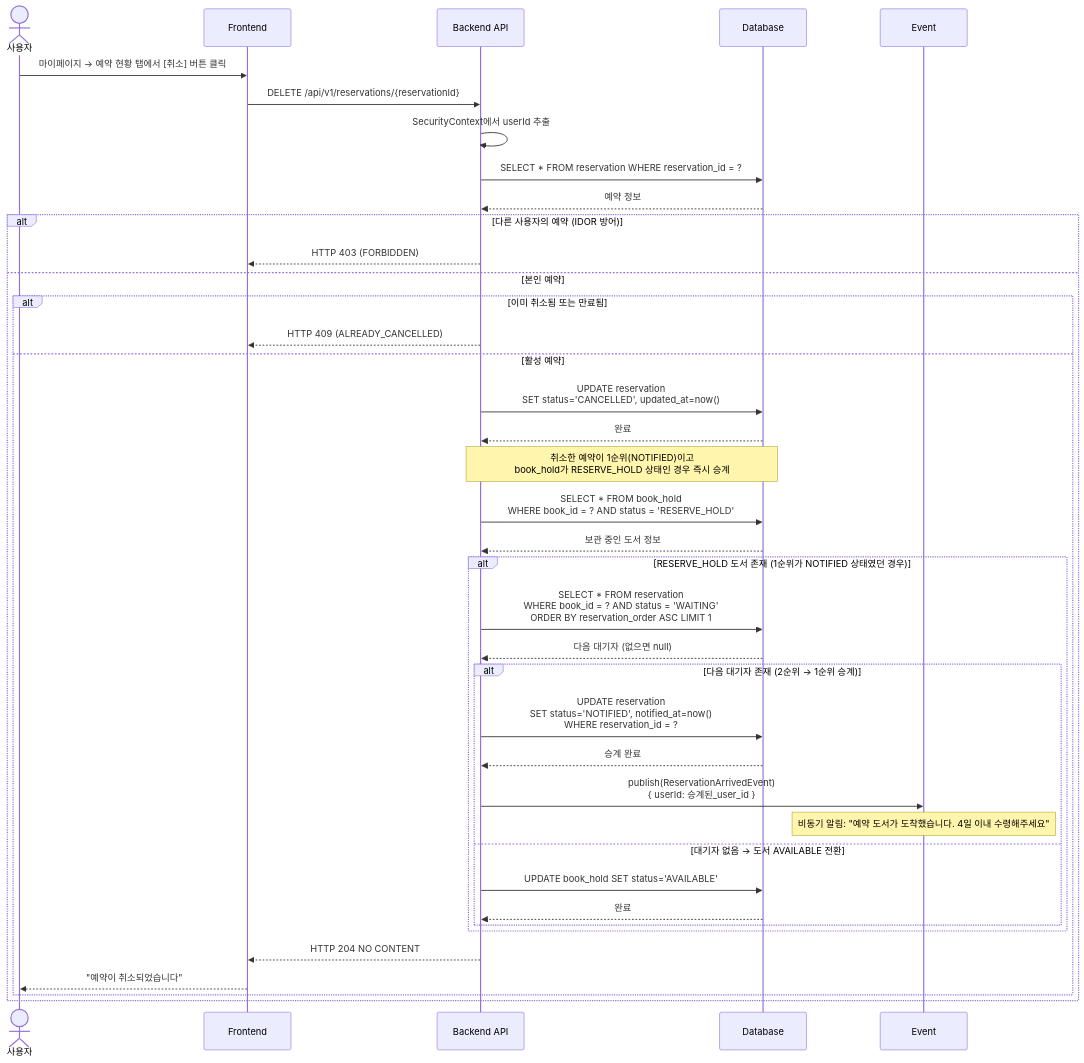
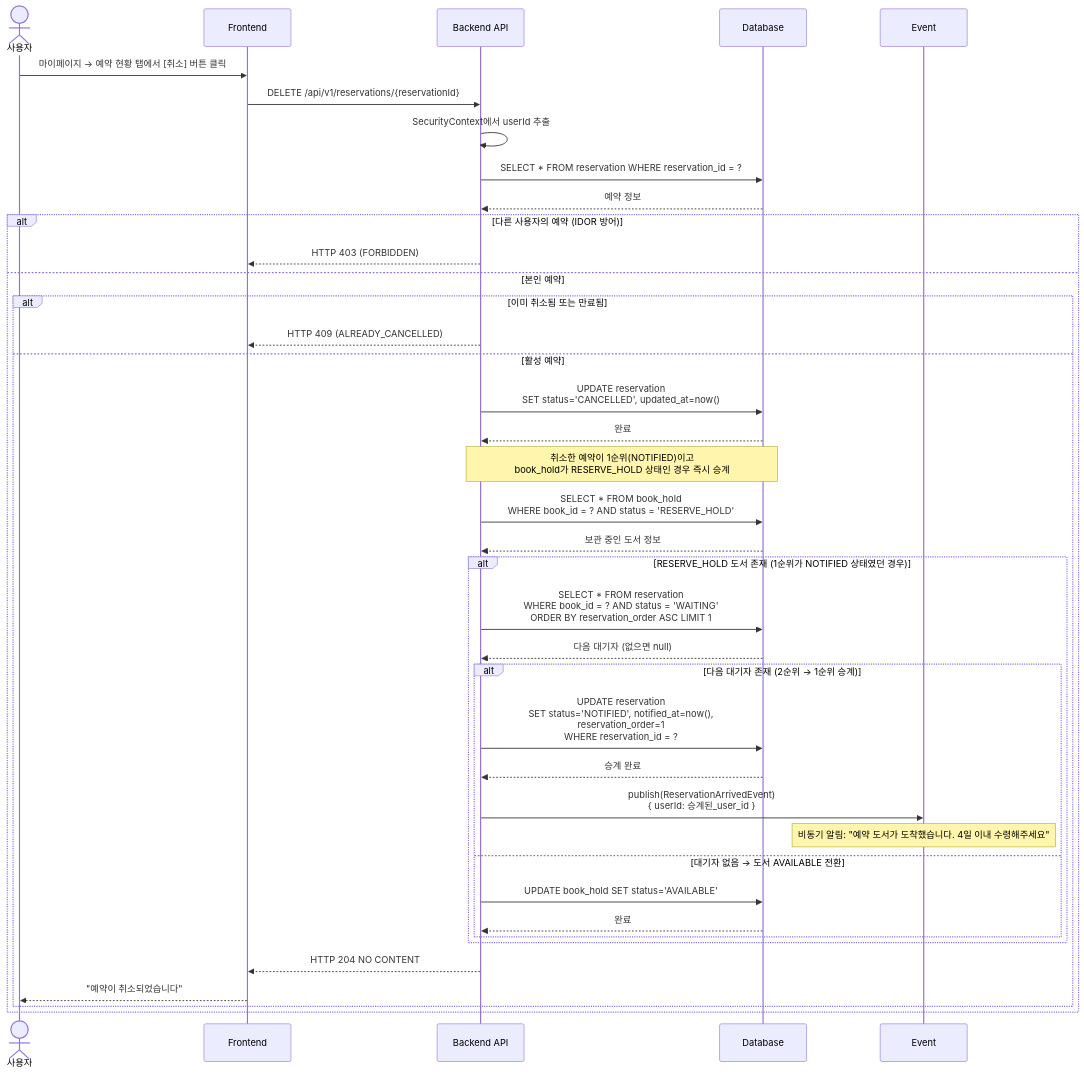
One commit to Boogieman-lab/book-management-system changed the second of 4 diagrams in docs/02_design/architecture/sequence/reservation_sequence.md. Above: the diagram before and after it, drawn with Mermaid. The commit also changed other lines of this file, not shown here.

First line of the commit message:
docs: 예약 승계 시 reservation_order 갱신 누락 수정 (C-06)

````diff
--- a/docs/02_design/architecture/sequence/reservation_sequence.md
+++ b/docs/02_design/architecture/sequence/reservation_sequence.md
@@ -57,51 +57,51 @@
 ```mermaid
 sequenceDiagram
     actor User as 사용자
     participant Client as Frontend
     participant Server as Backend API
     participant DB as Database
 
     User->>Client: 마이페이지 → 예약 현황 탭에서 [취소] 버튼 클릭
     Client->>Server: DELETE /api/v1/reservations/{reservationId}
 
     Server->>Server: SecurityContext에서 userId 추출
 
     Server->>DB: SELECT * FROM reservation WHERE reservation_id = ?
     DB-->>Server: 예약 정보
 
     alt 다른 사용자의 예약 (IDOR 방어)
         Server-->>Client: HTTP 403 (FORBIDDEN)
     else 본인 예약
         alt 이미 취소됨 또는 만료됨
             Server-->>Client: HTTP 409 (ALREADY_CANCELLED)
         else 활성 예약
             Server->>DB: UPDATE reservation<br>SET status='CANCELLED', updated_at=now()
             DB-->>Server: 완료
 
             Note over Server,DB: 취소한 예약이 1순위(NOTIFIED)이고<br>book_hold가 RESERVE_HOLD 상태인 경우 즉시 승계
 
             Server->>DB: SELECT * FROM book_hold<br>WHERE book_id = ? AND status = 'RESERVE_HOLD'
             DB-->>Server: 보관 중인 도서 정보
 
             alt RESERVE_HOLD 도서 존재 (1순위가 NOTIFIED 상태였던 경우)
                 Server->>DB: SELECT * FROM reservation<br>WHERE book_id = ? AND status = 'WAITING'<br>ORDER BY reservation_order ASC LIMIT 1
                 DB-->>Server: 다음 대기자 (없으면 null)
 
                 alt 다음 대기자 존재 (2순위 → 1순위 승계)
-                    Server->>DB: UPDATE reservation<br>SET status='NOTIFIED', notified_at=now()<br>WHERE reservation_id = ?
+                    Server->>DB: UPDATE reservation<br>SET status='NOTIFIED', notified_at=now(),<br>reservation_order=1<br>WHERE reservation_id = ?
                     DB-->>Server: 승계 완료
 
                     Server->>Event: publish(ReservationArrivedEvent)<br>{ userId: 승계된_user_id }
                     Note over Event: 비동기 알림: "예약 도서가 도착했습니다. 4일 이내 수령해주세요"
 
                 else 대기자 없음 → 도서 AVAILABLE 전환
                     Server->>DB: UPDATE book_hold SET status='AVAILABLE'
                     DB-->>Server: 완료
                 end
             end
 
             Server-->>Client: HTTP 204 NO CONTENT
             Client-->>User: "예약이 취소되었습니다"
         end
     end
 ```
````
